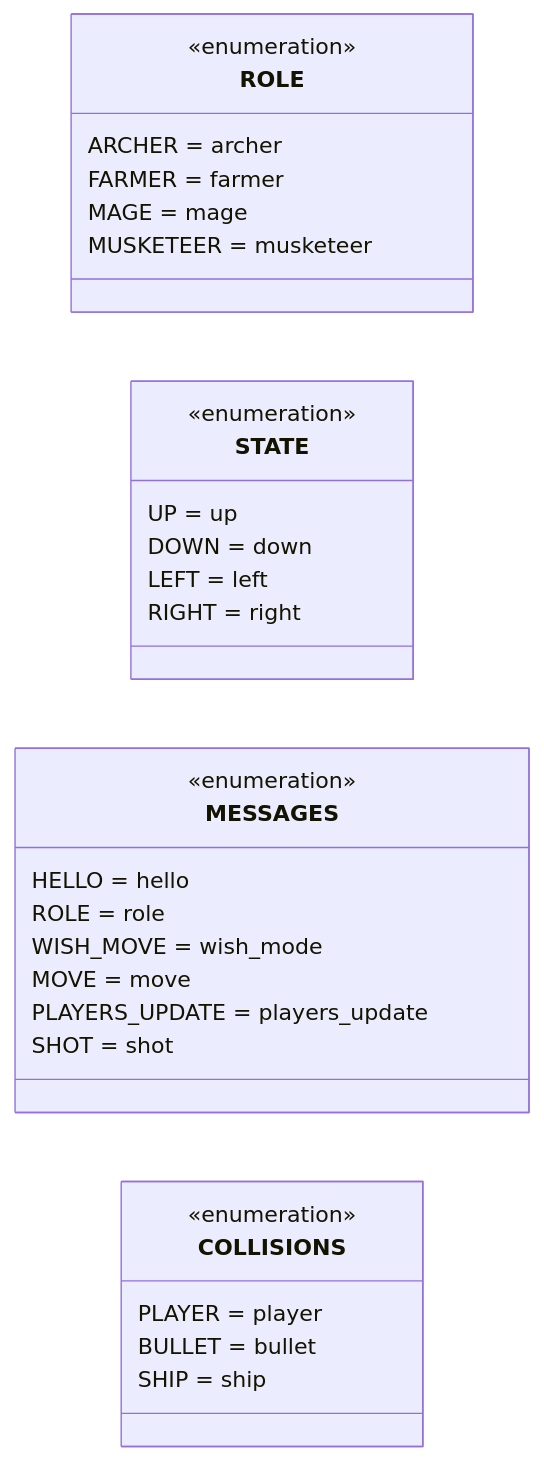
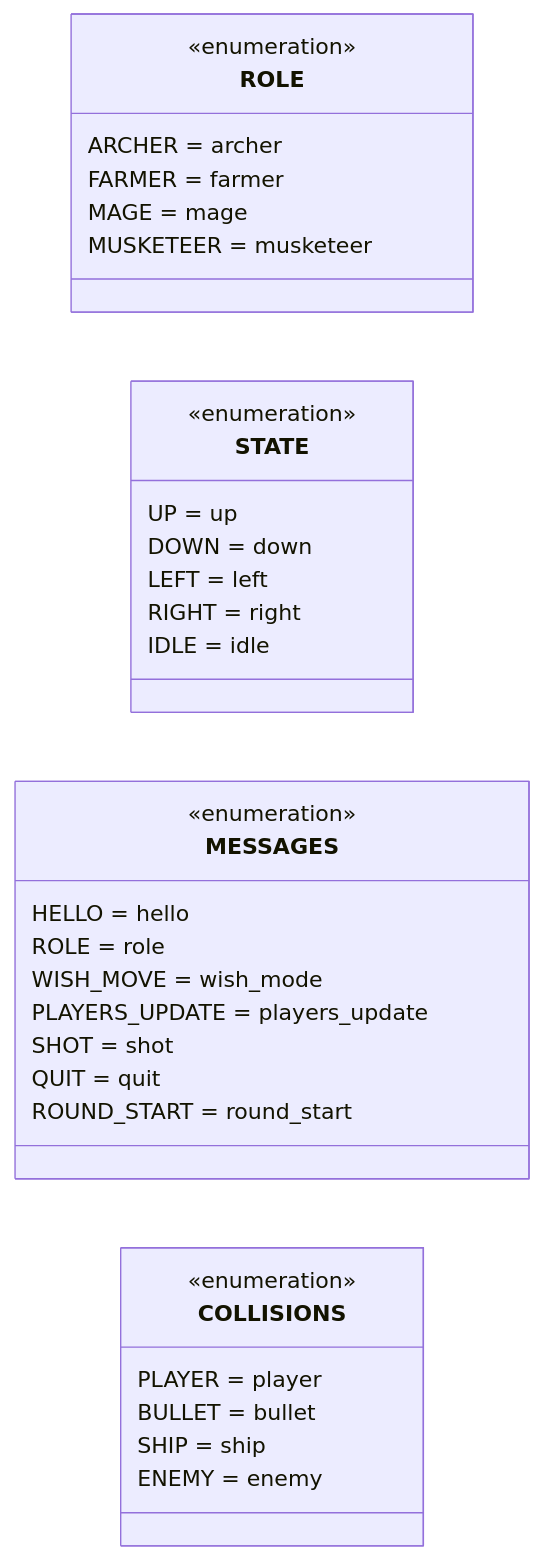
One commit to Aouei/pygame_multi changed the fifth of 5 diagrams in docs/diagramas/clases.md. Above: the diagram before and after it, drawn with Mermaid. The commit also changed other lines of this file and 35 other files, not shown here.

````diff
--- a/docs/diagramas/clases.md
+++ b/docs/diagramas/clases.md
@@ -370,37 +492,40 @@
 ```mermaid
 classDiagram
     direction LR
 
     class ROLE {
         <<enumeration>>
         ARCHER = archer
         FARMER = farmer
         MAGE = mage
         MUSKETEER = musketeer
     }
 
     class STATE {
         <<enumeration>>
         UP = up
         DOWN = down
         LEFT = left
         RIGHT = right
+        IDLE = idle
     }
 
     class MESSAGES {
         <<enumeration>>
         HELLO = hello
         ROLE = role
         WISH_MOVE = wish_mode
-        MOVE = move
         PLAYERS_UPDATE = players_update
         SHOT = shot
+        QUIT = quit
+        ROUND_START = round_start
     }
 
     class COLLISIONS {
         <<enumeration>>
         PLAYER = player
         BULLET = bullet
         SHIP = ship
+        ENEMY = enemy
     }
 ```
````
